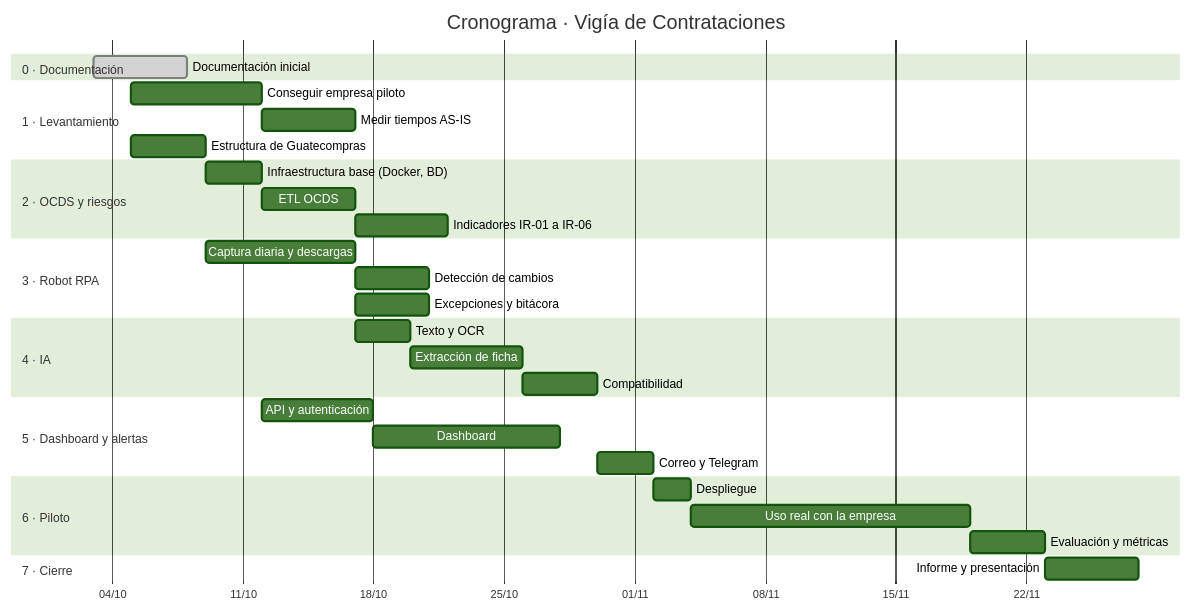
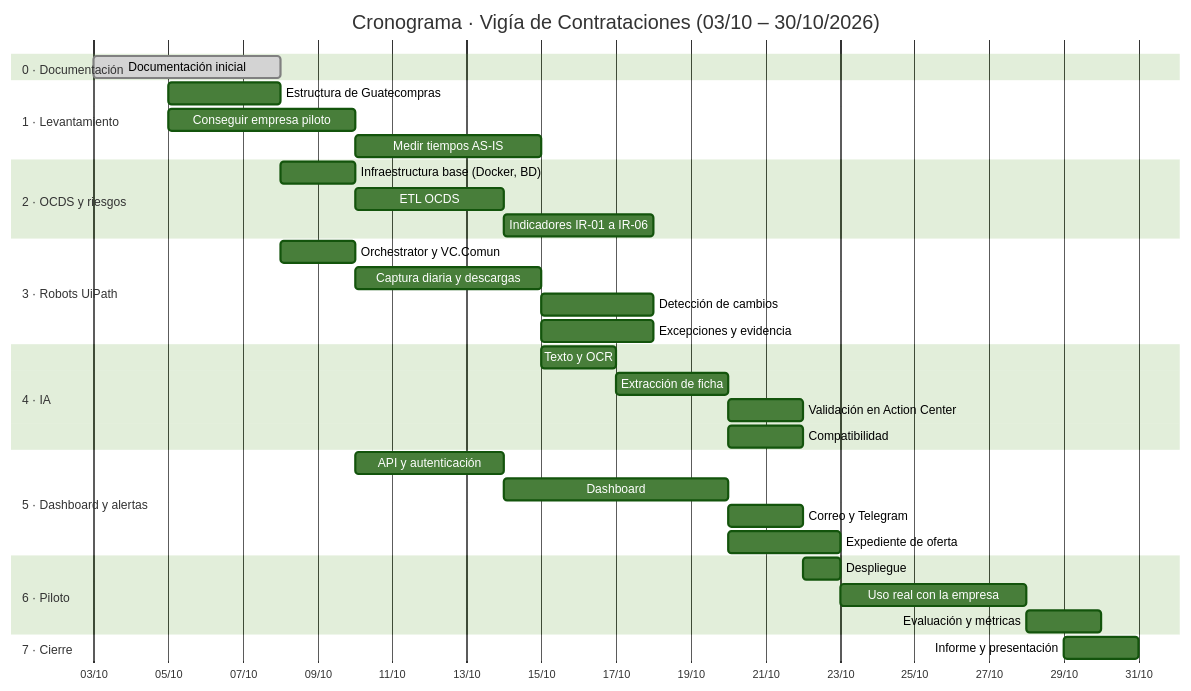
One commit to DenisArango/GuateComprasRPA changed the second of 2 diagrams in docs/11-plan-de-proyecto.md. Above: the diagram before and after it, drawn with Mermaid (forest theme). The commit also changed other lines of this file and 776 other files, not shown here.

````diff
--- a/docs/11-plan-de-proyecto.md
+++ b/docs/11-plan-de-proyecto.md
@@ -60,42 +64,45 @@
 ```mermaid
 gantt
-    title Cronograma · Vigía de Contrataciones
+    title Cronograma · Vigía de Contrataciones (03/10 – 30/10/2026)
     dateFormat YYYY-MM-DD
     axisFormat %d/%m
 
     section 0 · Documentación
-    Documentación inicial            :done,    f0, 2026-10-03, 5d
+    Documentación inicial             :done, f0,  2026-10-03, 5d
 
     section 1 · Levantamiento
-    Conseguir empresa piloto          :         f1a, 2026-10-05, 7d
-    Medir tiempos AS-IS               :         f1b, after f1a, 5d
-    Estructura de Guatecompras        :         f1c, 2026-10-05, 4d
+    Estructura de Guatecompras        :      f1c, 2026-10-05, 3d
+    Conseguir empresa piloto          :      f1a, 2026-10-05, 5d
+    Medir tiempos AS-IS               :      f1b, 2026-10-10, 5d
 
     section 2 · OCDS y riesgos
-    Infraestructura base (Docker, BD) :         f2a, 2026-10-09, 3d
-    ETL OCDS                          :         f2b, after f2a, 5d
-    Indicadores IR-01 a IR-06         :         f2c, after f2b, 5d
+    Infraestructura base (Docker, BD) :      f2a, 2026-10-08, 2d
+    ETL OCDS                          :      f2b, 2026-10-10, 4d
+    Indicadores IR-01 a IR-06         :      f2c, 2026-10-14, 4d
 
-    section 3 · Robot RPA
-    Captura diaria y descargas        :         f3a, after f1c, 8d
-    Detección de cambios              :         f3b, after f3a, 4d
-    Excepciones y bitácora            :         f3c, after f3a, 4d
+    section 3 · Robots UiPath
+    Orchestrator y VC.Comun           :      f3o, 2026-10-08, 2d
+    Captura diaria y descargas        :      f3a, 2026-10-10, 5d
+    Detección de cambios              :      f3b, 2026-10-15, 3d
+    Excepciones y evidencia           :      f3c, 2026-10-15, 3d
 
     section 4 · IA
-    Texto y OCR                       :         f4a, after f3a, 3d
-    Extracción de ficha               :         f4b, after f4a, 6d
-    Compatibilidad                    :         f4c, after f4b, 4d
+    Texto y OCR                       :      f4a, 2026-10-15, 2d
+    Extracción de ficha               :      f4b, 2026-10-17, 3d
+    Validación en Action Center       :      f4v, 2026-10-20, 2d
+    Compatibilidad                    :      f4c, 2026-10-20, 2d
 
     section 5 · Dashboard y alertas
-    API y autenticación               :         f5a, after f2a, 6d
-    Dashboard                         :         f5b, after f5a, 10d
-    Correo y Telegram                 :         f5c, after f4c, 3d
+    API y autenticación               :      f5a, 2026-10-10, 4d
+    Dashboard                         :      f5b, 2026-10-14, 6d
+    Correo y Telegram                 :      f5c, 2026-10-20, 2d
+    Expediente de oferta              :      f5e, 2026-10-20, 3d
 
     section 6 · Piloto
-    Despliegue                        :         f6a, after f5c, 2d
-    Uso real con la empresa           :         f6b, after f6a, 15d
-    Evaluación y métricas             :         f6c, after f6b, 4d
+    Despliegue                        :      f6a, 2026-10-22, 1d
+    Uso real con la empresa           :      f6b, 2026-10-23, 5d
+    Evaluación y métricas             :      f6c, 2026-10-28, 2d
 
     section 7 · Cierre
-    Informe y presentación            :         f7, after f6c, 5d
+    Informe y presentación            :      f7,  2026-10-29, 2d
 ```
````
